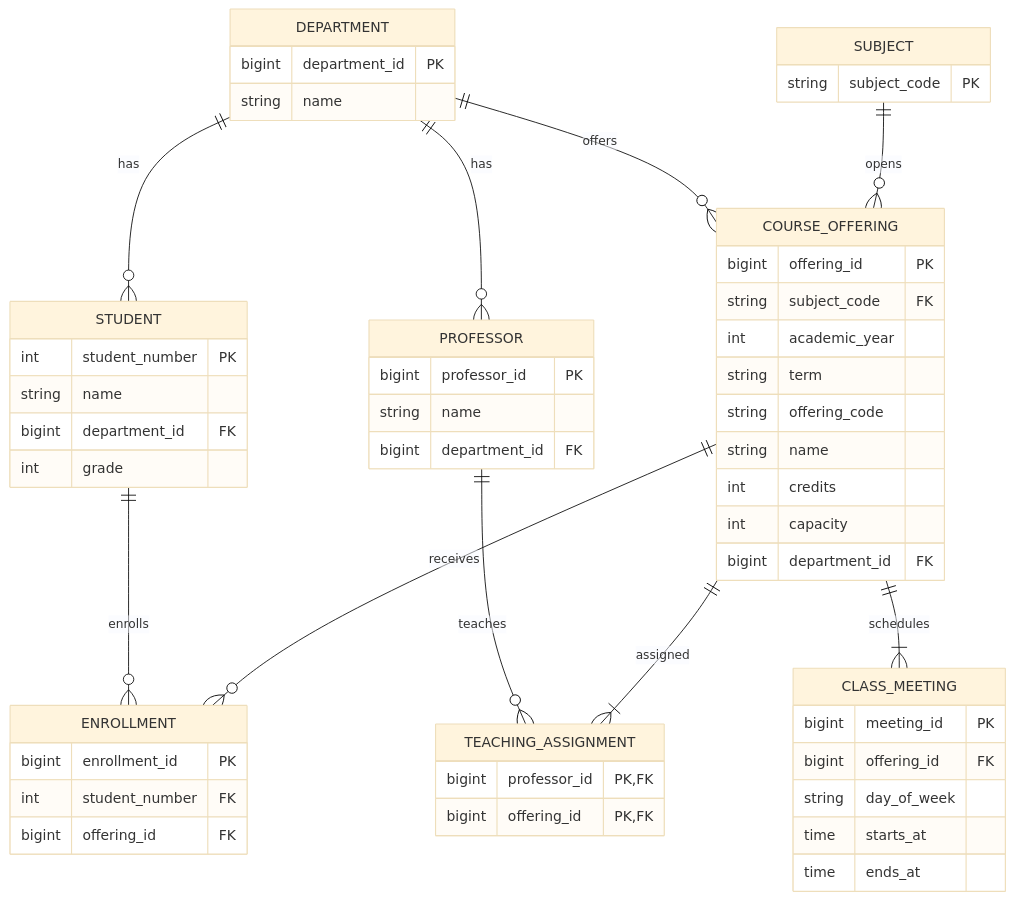
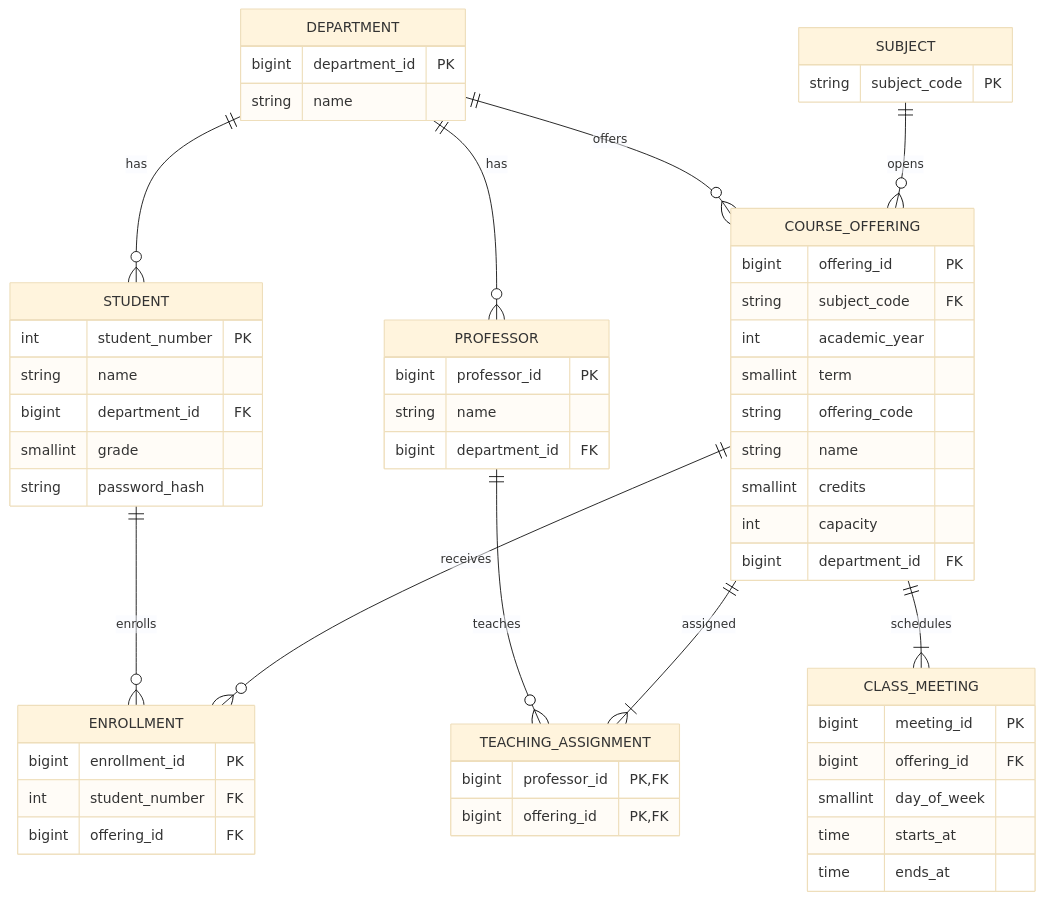
The diagram in docs/DATA_MODEL.md (Doroddi/Course-Registration-System), drawn with Mermaid (base theme) before and after one commit. The commit also changed other lines of this file and 44 other files, not shown here.

Commit message:
feat: implement course registration schema and JPA mappings

````diff
--- a/docs/DATA_MODEL.md
+++ b/docs/DATA_MODEL.md
@@ -7,58 +7,59 @@
 ```mermaid
 erDiagram
     DEPARTMENT ||--o{ STUDENT : has
     DEPARTMENT ||--o{ PROFESSOR : has
     DEPARTMENT ||--o{ COURSE_OFFERING : offers
     SUBJECT ||--o{ COURSE_OFFERING : opens
     COURSE_OFFERING ||--|{ CLASS_MEETING : schedules
     STUDENT ||--o{ ENROLLMENT : enrolls
     COURSE_OFFERING ||--o{ ENROLLMENT : receives
     PROFESSOR ||--o{ TEACHING_ASSIGNMENT : teaches
     COURSE_OFFERING ||--|{ TEACHING_ASSIGNMENT : assigned
 
     DEPARTMENT {
         bigint department_id PK
         string name
     }
     STUDENT {
         int student_number PK
         string name
         bigint department_id FK
-        int grade
+        smallint grade
+        string password_hash
     }
     PROFESSOR {
         bigint professor_id PK
         string name
         bigint department_id FK
     }
     SUBJECT {
         string subject_code PK
     }
     COURSE_OFFERING {
         bigint offering_id PK
         string subject_code FK
         int academic_year
-        string term
+        smallint term
         string offering_code
         string name
-        int credits
+        smallint credits
         int capacity
         bigint department_id FK
     }
     CLASS_MEETING {
         bigint meeting_id PK
         bigint offering_id FK
-        string day_of_week
+        smallint day_of_week
         time starts_at
         time ends_at
     }
     ENROLLMENT {
         bigint enrollment_id PK
         int student_number FK
         bigint offering_id FK
     }
     TEACHING_ASSIGNMENT {
         bigint professor_id PK,FK
         bigint offering_id PK,FK
     }
 ```
````
